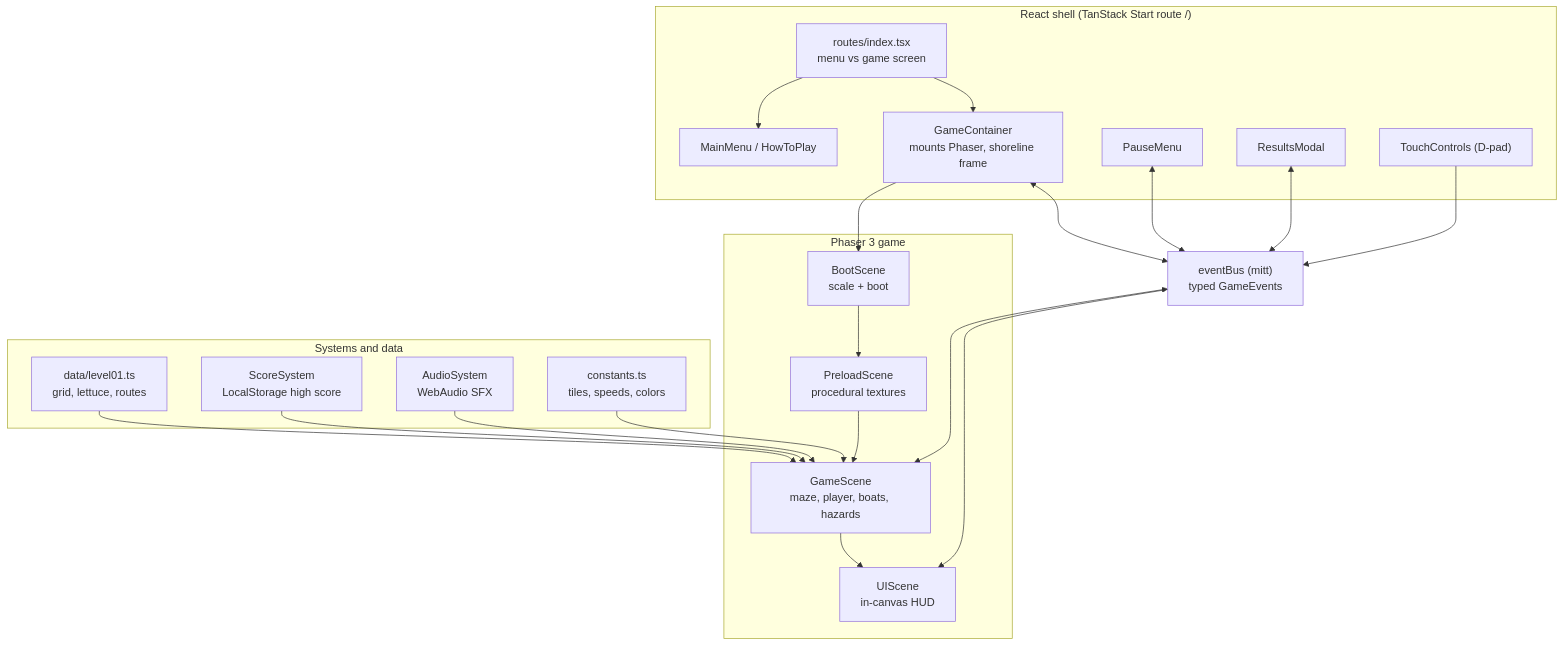
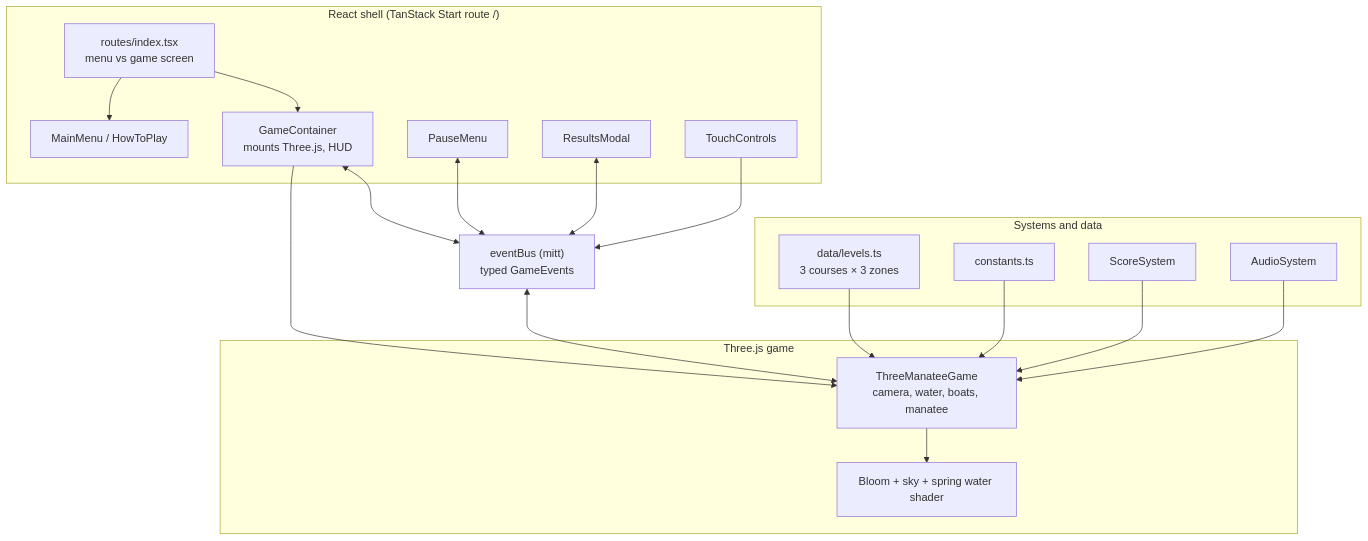
Before and after one commit to jayrosen-design/river-manatee-dash: the first of 4 diagrams in README.md, drawn with Mermaid. The commit also changed other lines of this file and 20 other files, not shown here.

````diff
--- a/README.md
+++ b/README.md
@@ -57,42 +82,39 @@
 ```mermaid
 graph TD
   subgraph React["React shell (TanStack Start route /)"]
     IDX["routes/index.tsx<br/>menu vs game screen"]
     MENU["MainMenu / HowToPlay"]
-    GC["GameContainer<br/>mounts Phaser, shoreline frame"]
+    GC["GameContainer<br/>mounts Three.js, HUD"]
     PM["PauseMenu"]
     RM["ResultsModal"]
-    TC["TouchControls (D-pad)"]
+    TC["TouchControls"]
   end
 
   BUS["eventBus (mitt)<br/>typed GameEvents"]
 
-  subgraph Phaser["Phaser 3 game"]
-    BOOT["BootScene<br/>scale + boot"]
-    PRE["PreloadScene<br/>procedural textures"]
-    GS["GameScene<br/>maze, player, boats, hazards"]
-    UI["UIScene<br/>in-canvas HUD"]
+  subgraph Three["Three.js game"]
+    TMG["ThreeManateeGame<br/>camera, water, boats, manatee"]
+    FX["Bloom + sky + spring water shader"]
   end
 
   subgraph Systems["Systems and data"]
-    LVL["data/level01.ts<br/>grid, lettuce, routes"]
-    SS["ScoreSystem<br/>LocalStorage high score"]
-    AS["AudioSystem<br/>WebAudio SFX"]
-    CST["constants.ts<br/>tiles, speeds, colors"]
+    LVL["data/levels.ts<br/>3 courses × 3 zones"]
+    SS["ScoreSystem"]
+    AS["AudioSystem"]
+    CST["constants.ts"]
   end
 
   IDX --> MENU
   IDX --> GC
-  GC --> BOOT
-  BOOT --> PRE --> GS --> UI
+  GC --> TMG
+  TMG --> FX
   GC <--> BUS
   PM <--> BUS
   RM <--> BUS
   TC --> BUS
-  BUS <--> GS
-  BUS --> UI
-  LVL --> GS
-  CST --> GS
-  SS --> GS
-  AS --> GS
+  BUS <--> TMG
+  LVL --> TMG
+  CST --> TMG
+  SS --> TMG
+  AS --> TMG
 ```
````
